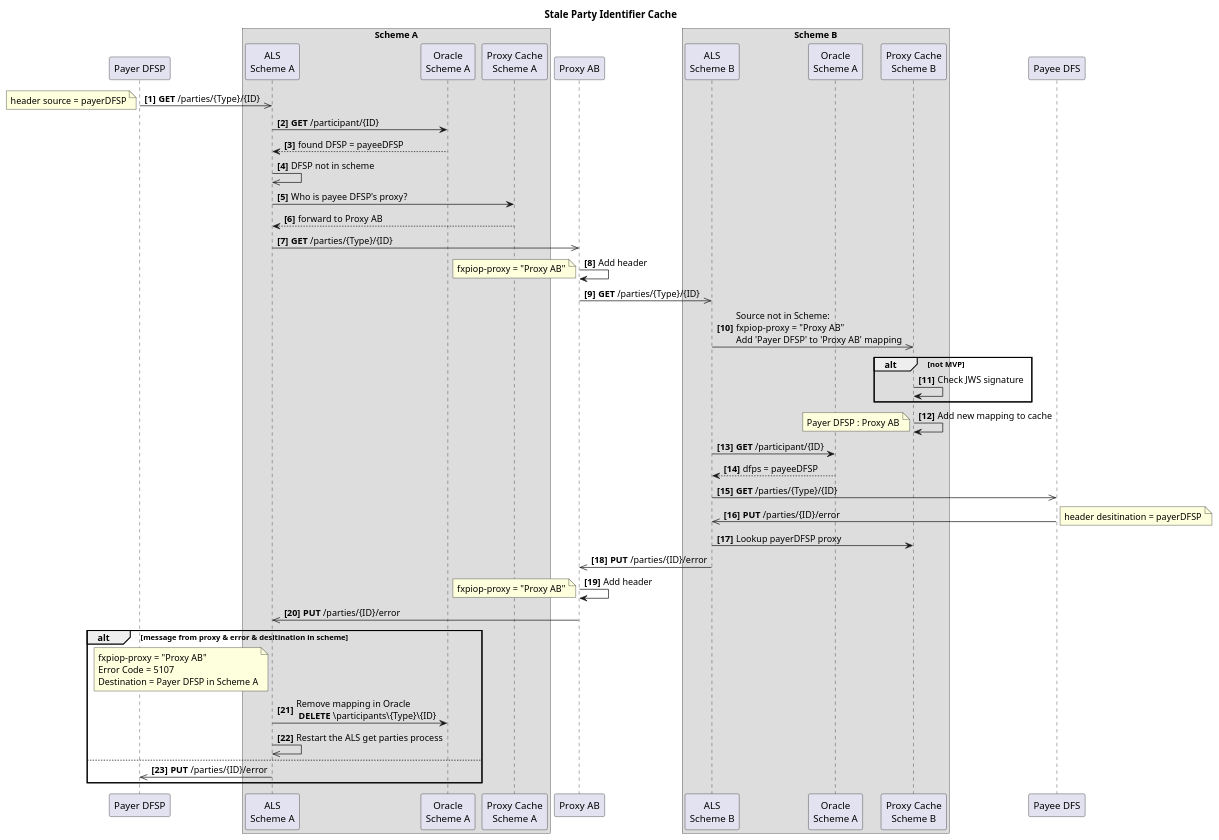
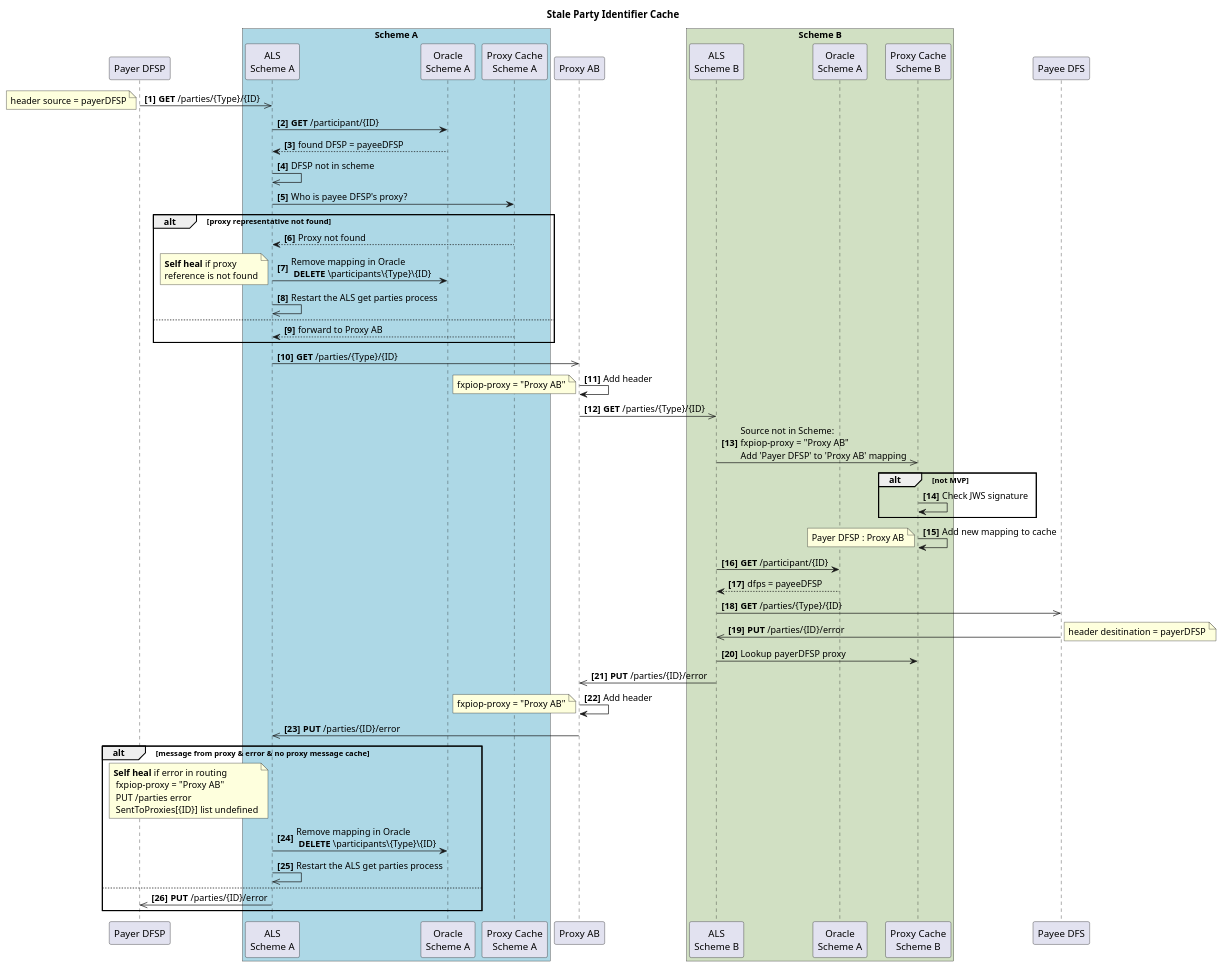
Before and after one commit to mojaloop/documentation: the diagram in docs/product/features/Interscheme/Interscheme - Stale Party Identifier Cache.plantuml, drawn with PlantUML. The commit also changed 14 other files, not shown here.

Commit message:
feat: Updated interscheme diagrams

```diff
--- a/docs/product/features/Interscheme/Interscheme - Stale Party Identifier Cache.plantuml
+++ b/docs/product/features/Interscheme/Interscheme - Stale Party Identifier Cache.plantuml
@@ -1,72 +1,84 @@
-@startuml
+@startuml Interscheme - Stale Party Identifier Cache
 
 title Stale Party Identifier Cache
 
 participant "Payer DFSP" as payerDFSP
-box "Scheme A"
+box "Scheme A" #LightBlue
     participant "ALS\nScheme A" as ALS_A
     participant "Oracle\nScheme A" as Oracle_A
     participant "Proxy Cache\nScheme A" as pc_A    
 end box
 participant "Proxy AB" as xnp
-box "Scheme B"
+box "Scheme B" #d1e0c3
     participant "ALS\nScheme B" as ALS_B
     participant "Oracle\nScheme A" as Oracle_B
     participant "Proxy Cache\nScheme B" as pc_B    
 end box
 participant "Payee DFS" as payeeDFSP
 
 autonumber 1 "<b>[0]"
 
 payerDFSP ->> ALS_A: **GET** /parties/{Type}/{ID}
 note left
  header source = payerDFSP
 end note
 
   ALS_A-> Oracle_A: **GET** /participant/{ID}
   Oracle_A--> ALS_A: found DFSP = payeeDFSP
   ALS_A ->> ALS_A: DFSP not in scheme
   ALS_A -> pc_A: Who is payee DFSP's proxy?
+  alt proxy representative not found
+  pc_A --> ALS_A: Proxy not found
+  ALS_A -> Oracle_A: Remove mapping in Oracle\n **DELETE** \participants\{Type}\{ID} 
+  note left
+  **Self heal** if proxy 
+  reference is not found
+  end note
+  ALS_A ->> ALS_A: Restart the ALS get parties process
+  else
   pc_A --> ALS_A: forward to Proxy AB
+  end
+
   ALS_A ->> xnp: **GET** /parties/{Type}/{ID}
     xnp->xnp: Add header
     note left
     fxpiop-proxy = "Proxy AB"
     end note
 
   xnp ->> ALS_B: **GET** /parties/{Type}/{ID}  
   ALS_B ->> pc_B: Source not in Scheme: \nfxpiop-proxy = "Proxy AB"\nAdd 'Payer DFSP' to 'Proxy AB' mapping
 alt not MVP
   pc_B -> pc_B: Check JWS signature
 end
   pc_B -> pc_B: Add new mapping to cache
 note left
 Payer DFSP : Proxy AB
 end note        
 ALS_B-> Oracle_B: **GET** /participant/{ID}
   Oracle_B--> ALS_B: dfps = payeeDFSP
   ALS_B ->> payeeDFSP: **GET** /parties/{Type}/{ID}
   payeeDFSP ->> ALS_B: **PUT** /parties/{ID}/error
   note right
    header desitination = payerDFSP
   end note
   ALS_B -> pc_B: Lookup payerDFSP proxy
   ALS_B ->> xnp: **PUT** /parties/{ID}/error
   xnp->xnp: Add header
     note left
     fxpiop-proxy = "Proxy AB"
     end note
   xnp ->> ALS_A: **PUT** /parties/{ID}/error
-  alt message from proxy & error & desitination in scheme
+  alt message from proxy & error & no proxy message cache
   note left ALS_A
-  fxpiop-proxy = "Proxy AB"
-  Error Code = 5107
-  Destination = Payer DFSP in Scheme A
+   **Self heal** if error in routing
+    fxpiop-proxy = "Proxy AB"
+    PUT /parties error
+    SentToProxies[{ID}] list undefined
   end note
   ALS_A -> Oracle_A: Remove mapping in Oracle\n **DELETE** \participants\{Type}\{ID} 
   ALS_A ->> ALS_A: Restart the ALS get parties process
   else
   ALS_A->>payerDFSP: **PUT** /parties/{ID}/error
 end
 
 @enduml
```
